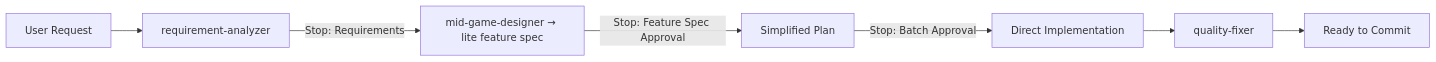
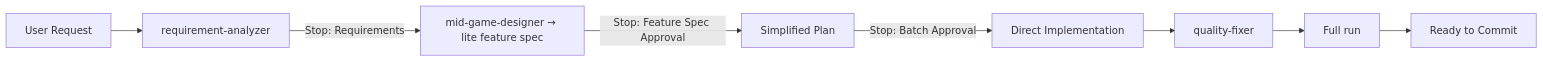
One commit to tundraray/overture changed the sixth of 10 diagrams in docs/overture/gamedev-workflows.md. Above: the diagram before and after it, drawn with Mermaid. The commit also changed other lines of this file and 193 other files, not shown here.

````diff
--- a/docs/overture/gamedev-workflows.md
+++ b/docs/overture/gamedev-workflows.md
@@ -231,9 +231,10 @@
 ```mermaid
 graph LR
     A[User Request] --> RA[requirement-analyzer]
     RA --> |"Stop: Requirements"| FS[mid-game-designer → lite feature spec]
     FS --> |"Stop: Feature Spec Approval"| B[Simplified Plan]
     B --> |"Stop: Batch Approval"| C[Direct Implementation]
     C --> D[quality-fixer]
-    D --> E[Ready to Commit]
+    D --> F[Full run]
+    F --> E[Ready to Commit]
 ```
````
